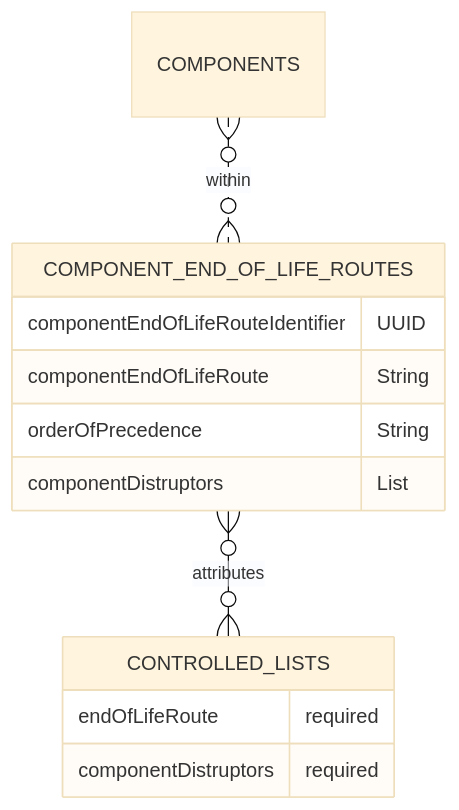
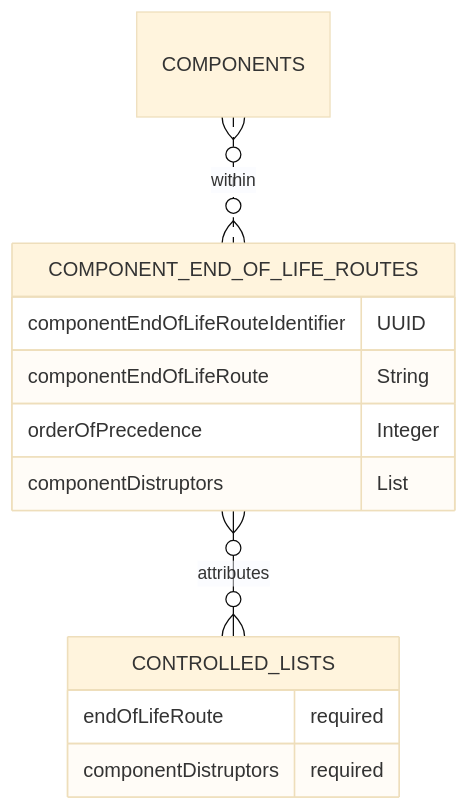
One commit to OpenDataManchester/Open3P changed the diagram in docs/6_Relationship_Lists/6_007_Component_End_of_Life_Routes.md. Above: the diagram before and after it, drawn with Mermaid (base theme). The commit also changed other lines of this file, not shown here.

Commit message:
Changed Numeric format in Co End of Life Routes

````diff
--- a/docs/6_Relationship_Lists/6_007_Component_End_of_Life_Routes.md
+++ b/docs/6_Relationship_Lists/6_007_Component_End_of_Life_Routes.md
@@ -20,16 +20,16 @@
 ``` mermaid
 erDiagram
 
   COMPONENTS }o..o{ COMPONENT_END_OF_LIFE_ROUTES : within
   COMPONENT_END_OF_LIFE_ROUTES {
     componentEndOfLifeRouteIdentifier UUID
     componentEndOfLifeRoute String
-    orderOfPrecedence String
+    orderOfPrecedence Integer
     componentDistruptors List
   }
   COMPONENT_END_OF_LIFE_ROUTES }o--o{ CONTROLLED_LISTS : attributes
   CONTROLLED_LISTS {
     endOfLifeRoute required
     componentDistruptors required
   }
 ```
````
